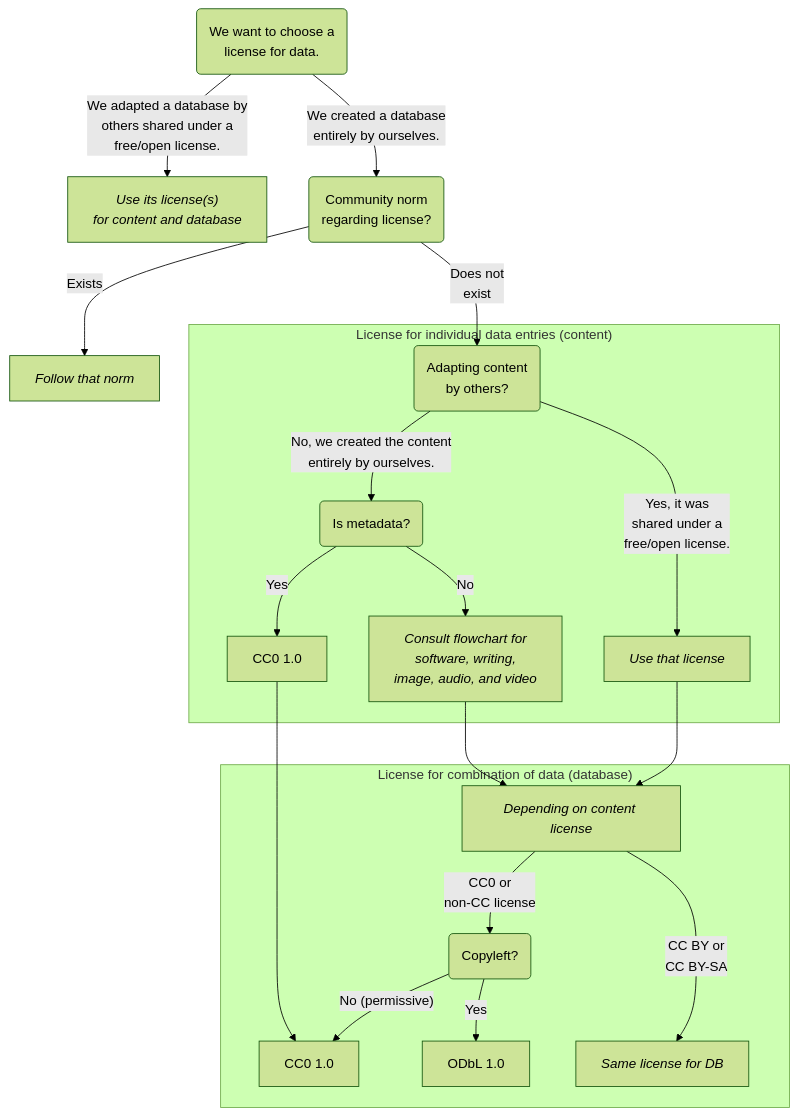
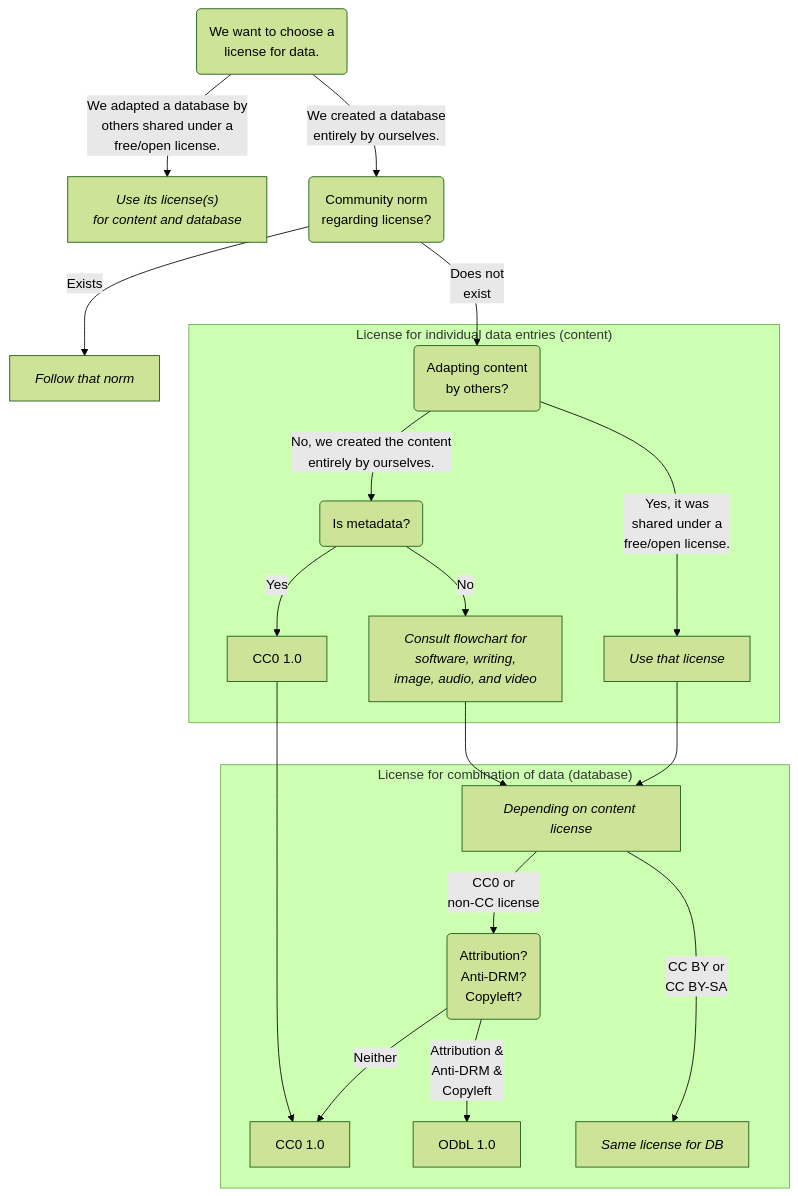
One commit to lmu-osc/code-publishing-short changed the third of 3 diagrams in choose_license.qmd. Above: the diagram before and after it, drawn with Mermaid (forest theme). The commit also changed other lines of this file, not shown here.

Commit message:
Make data flowchart more explicit

````diff
--- a/choose_license.qmd
+++ b/choose_license.qmd
@@ -337,34 +337,34 @@
 ```{mermaid}
 flowchart TB
   start("We want to choose a<br>license for data.") --"We adapted a database by<br>others shared under a<br>free/open license."--> use_existing_license_db["<em>Use its license(s)<br>for content and database</em>"]
   start --"We created a database<br>entirely by ourselves."--> norm("Community norm<br>regarding license?")
   
   norm --"Exists"--> follow_existing_norms["<em>Follow that norm</em>"]
   norm --"Does not<br>exist"--> existing_license_content("Adapting content<br> by others?")
   
   subgraph "License for individual data entries (content)"
   existing_license_content --"No, we created the content<br>entirely by ourselves."--> metadata("Is metadata?")
   existing_license_content --"Yes, it was<br>shared under a<br>free/open license."--> use_existing_license_content["<em>Use that license</em>"]
   metadata --"Yes"--> cc0_content_metadata["CC0 1.0"]
   metadata --"No"--> choose_license["<em>Consult flowchart for<br>software, writing,<br>image, audio, and video</em>"]
   end
   
   subgraph "License for combination of data (database)"
   choose_license --> switch_license["<em>Depending on content license</em>"]
   use_existing_license_content --> switch_license
   
   cc0_content_metadata --> cc0_db["CC0 1.0"]
-  switch_license --"CC0 or<br>non-CC license"--> sa(Copyleft?)
+  switch_license --"CC0 or<br>non-CC license"--> sa("Attribution?<br>Anti-DRM?<br>Copyleft?")
   switch_license --"CC BY or<br>CC BY-SA"--> same["<em>Same license for DB</em>"]
   
-  sa --"No (permissive)"--> cc0_db
-  sa --"Yes"--> odbl["ODbL 1.0"]
+  sa --"Neither"--> cc0_db
+  sa --"Attribution &<br>Anti-DRM &<br>Copyleft"--> odbl["ODbL 1.0"]
   
   %% the following link is only added to have terminal nodes on the same level
   sa ~~~ same
   end
   
   click cc0_content_metadata href "https://creativecommons.org/publicdomain/zero/1.0/"
   click cc0_db href "https://creativecommons.org/publicdomain/zero/1.0/"
   click odbl href "https://opendatacommons.org/licenses/odbl/summary/"
 ```
````
